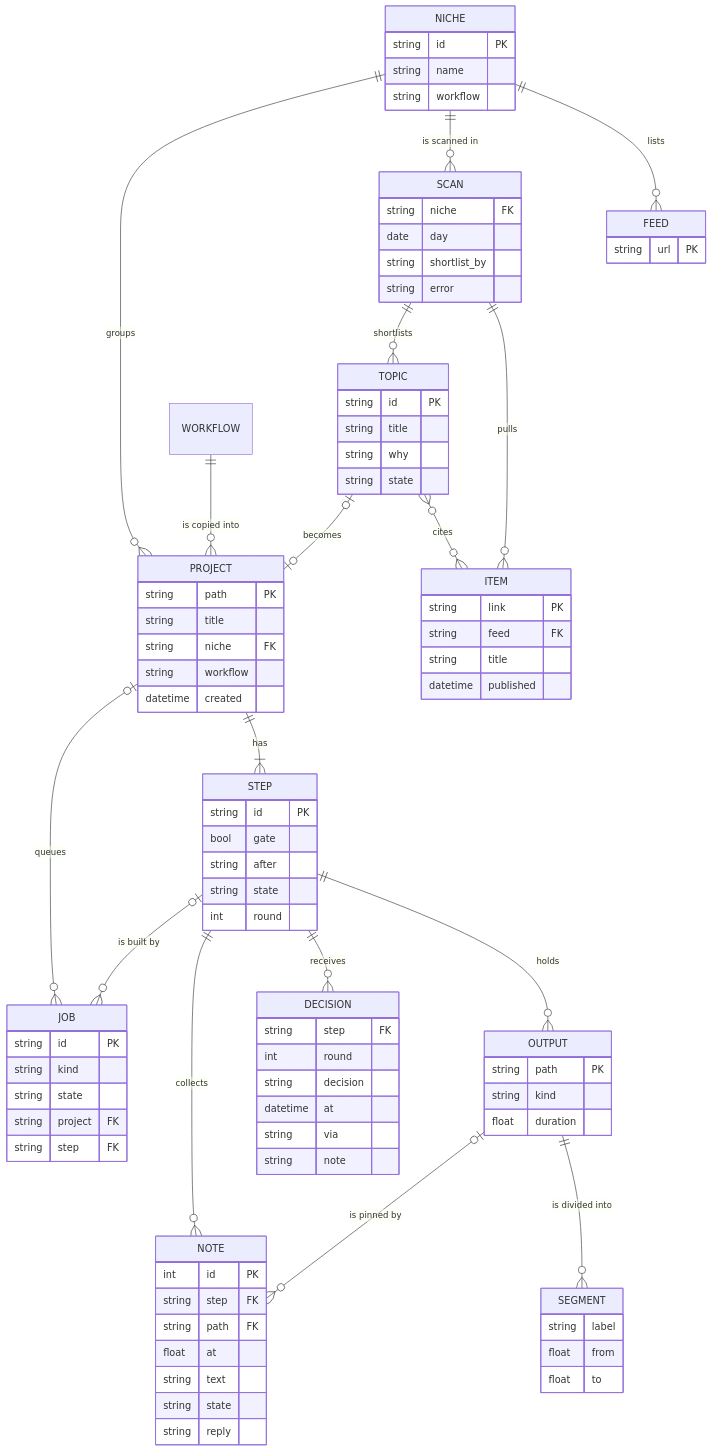
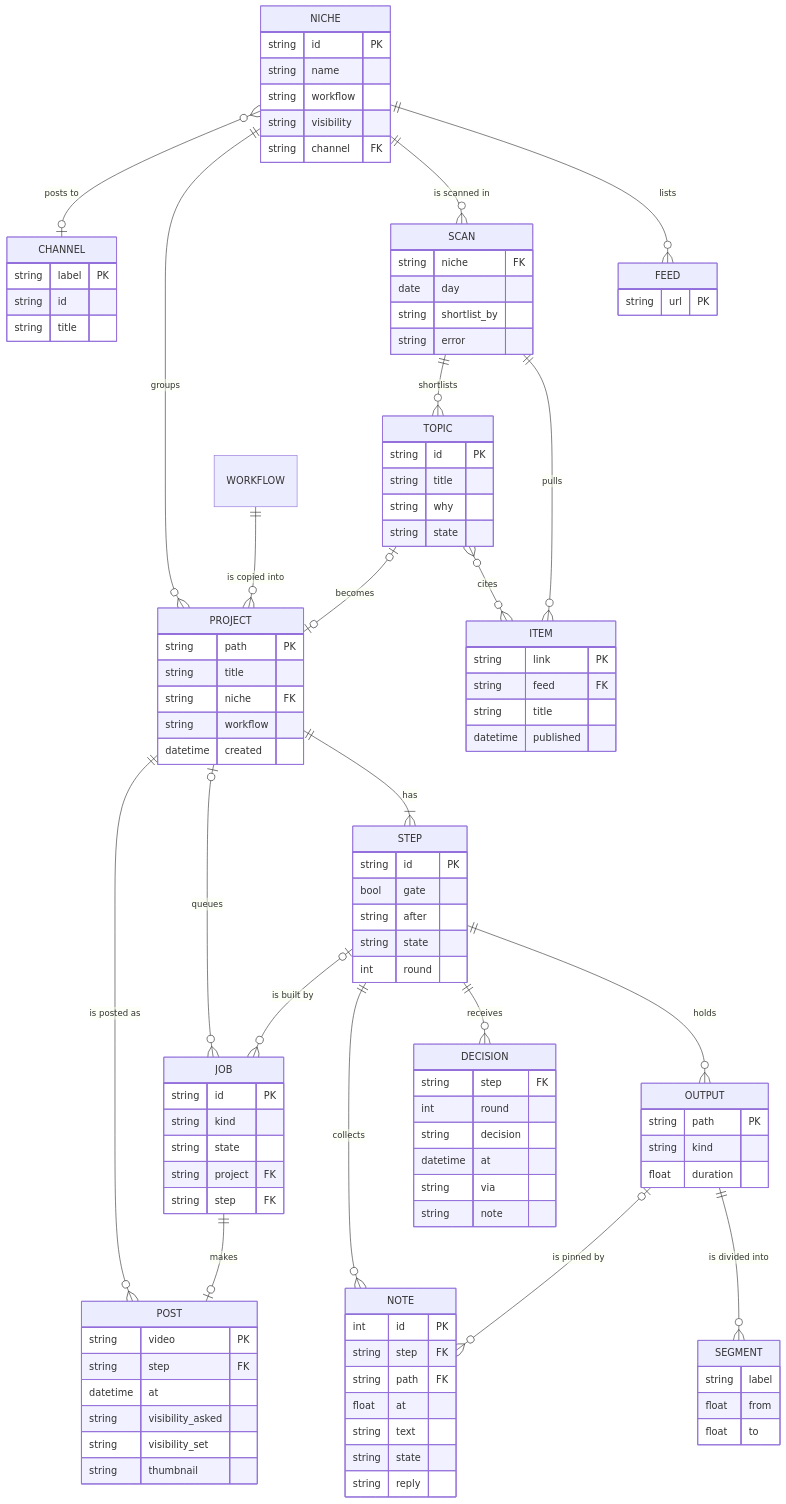
The first of 2 diagrams in docs/DESIGN.md (NirjharBhattacharjee/mockingbird-studio), drawn with Mermaid before and after one commit. The commit also changed other lines of this file and 4 other files, not shown here.

```diff
--- a/docs/DESIGN.md
+++ b/docs/DESIGN.md
@@ -75,11 +80,29 @@
     OUTPUT |o--o{ NOTE : "is pinned by"
     PROJECT |o--o{ JOB : queues
     STEP |o--o{ JOB : "is built by"
+    NICHE }o--o| CHANNEL : "posts to"
+    PROJECT ||--o{ POST : "is posted as"
+    JOB ||--o| POST : makes
 
     NICHE {
         string id PK
         string name
         string workflow
+        string visibility
+        string channel FK
+    }
+    CHANNEL {
+        string label PK
+        string id
+        string title
+    }
+    POST {
+        string video PK
+        string step FK
+        datetime at
+        string visibility_asked
+        string visibility_set
+        string thumbnail
     }
     FEED {
         string url PK
```
